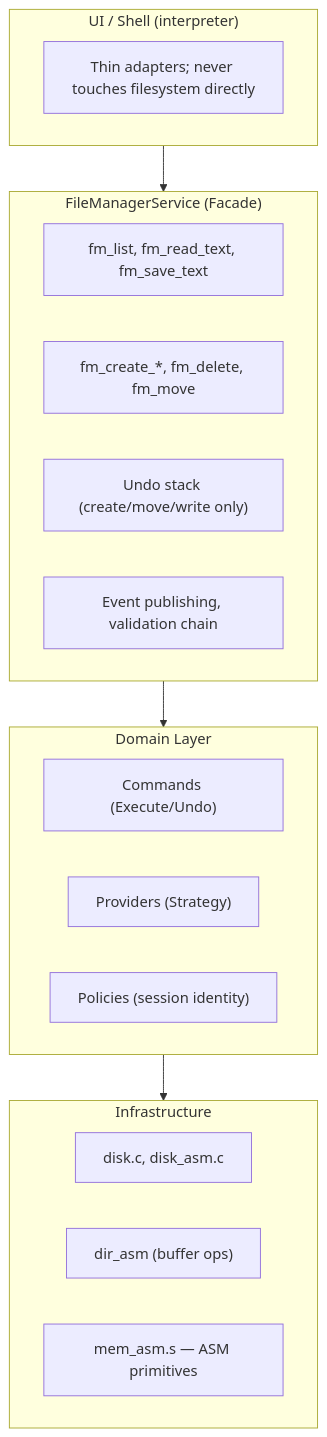
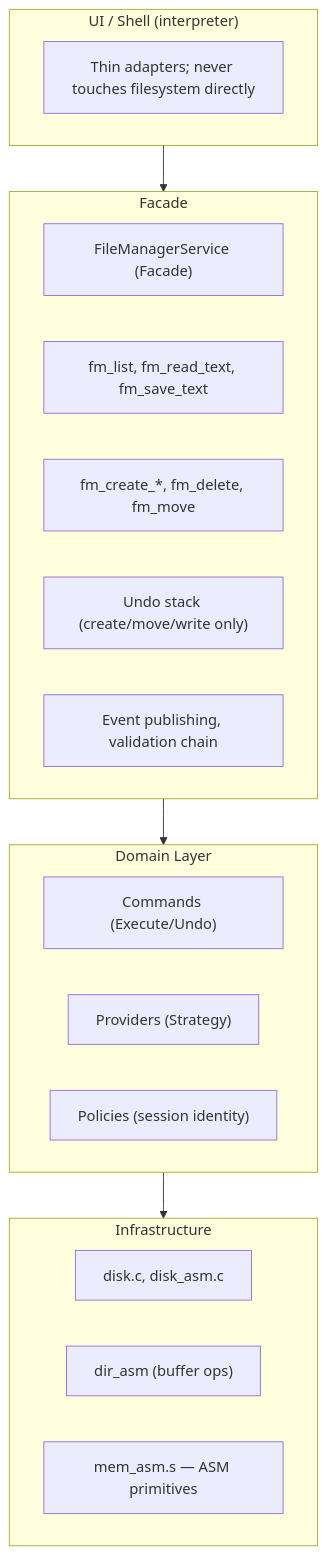
The first of 2 diagrams in README.md (BPForbes/Bailey-Forbes-Flinstone), drawn with Mermaid before and after one commit.

Commit message:
Fix Facade label overlap in Mermaid diagram

````diff
--- a/README.md
+++ b/README.md
@@ -24,29 +24,30 @@
 ```mermaid
 flowchart TB
     subgraph UI["UI / Shell (interpreter)"]
         A["Thin adapters; never touches filesystem directly"]
     end
 
-    subgraph Facade["FileManagerService (Facade)"]
+    subgraph Facade["Facade"]
+        FM["FileManagerService (Facade)"]
         B["fm_list, fm_read_text, fm_save_text"]
         C["fm_create_*, fm_delete, fm_move"]
         D["Undo stack (create/move/write only)"]
         E["Event publishing, validation chain"]
     end
 
     subgraph Domain["Domain Layer"]
         F["Commands (Execute/Undo)"]
         G["Providers (Strategy)"]
         H["Policies (session identity)"]
     end
 
     subgraph Infra["Infrastructure"]
         I["disk.c, disk_asm.c"]
         J["dir_asm (buffer ops)"]
         K["mem_asm.s — ASM primitives"]
     end
 
     UI --> Facade
     Facade --> Domain
     Domain --> Infra
 ```
````
